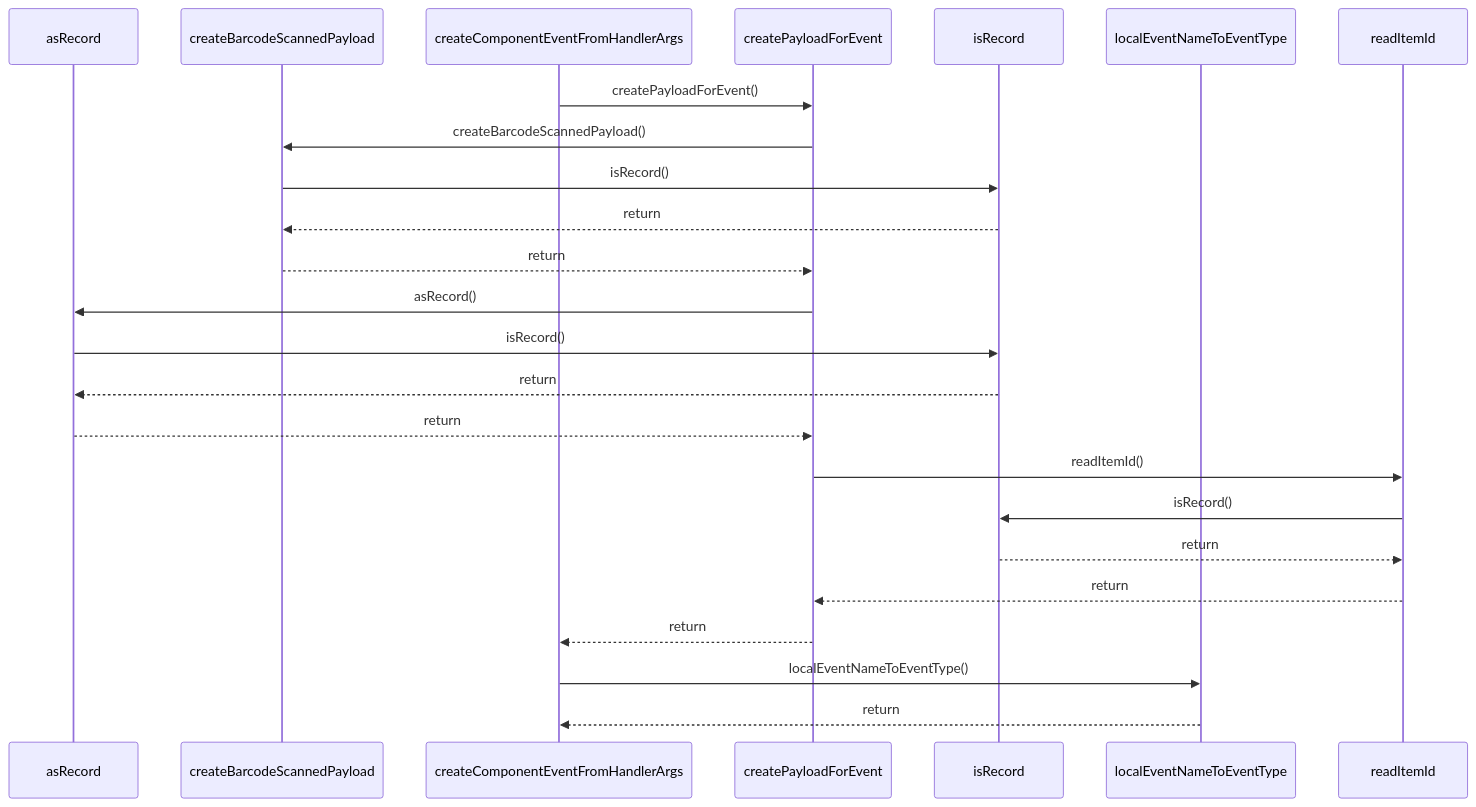
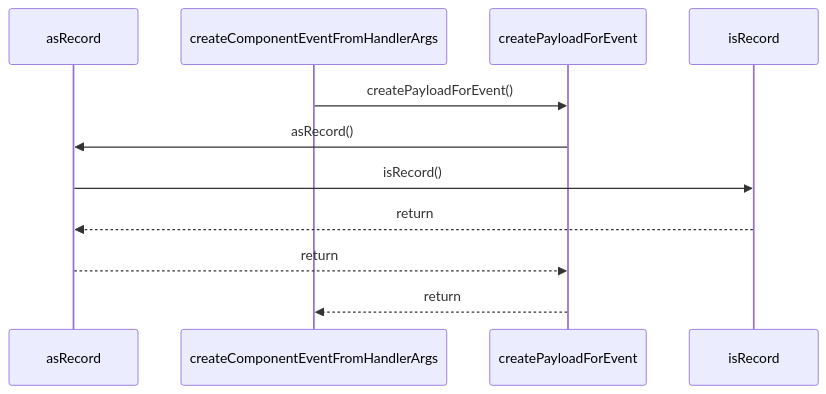
The diagram in paradox/diagrams/sequences/create-component-event-from-handler-args.mmd (ankhorage/runtime), drawn with Mermaid before and after one commit. The commit also changed 21 other files, not shown here.

```diff
--- a/paradox/diagrams/sequences/create-component-event-from-handler-args.mmd
+++ b/paradox/diagrams/sequences/create-component-event-from-handler-args.mmd
@@ -1,24 +1,11 @@
 sequenceDiagram
   participant participant_asRecord as asRecord
-  participant participant_createBarcodeScannedPayload as createBarcodeScannedPayload
   participant participant_createComponentEventFromHandlerArgs as createComponentEventFromHandlerArgs
   participant participant_createPayloadForEvent as createPayloadForEvent
   participant participant_isRecord as isRecord
-  participant participant_localEventNameToEventType as localEventNameToEventType
-  participant participant_readItemId as readItemId
   participant_createComponentEventFromHandlerArgs->>participant_createPayloadForEvent: createPayloadForEvent()
-  participant_createPayloadForEvent->>participant_createBarcodeScannedPayload: createBarcodeScannedPayload()
-  participant_createBarcodeScannedPayload->>participant_isRecord: isRecord()
-  participant_isRecord-->>participant_createBarcodeScannedPayload: return
-  participant_createBarcodeScannedPayload-->>participant_createPayloadForEvent: return
   participant_createPayloadForEvent->>participant_asRecord: asRecord()
   participant_asRecord->>participant_isRecord: isRecord()
   participant_isRecord-->>participant_asRecord: return
   participant_asRecord-->>participant_createPayloadForEvent: return
-  participant_createPayloadForEvent->>participant_readItemId: readItemId()
-  participant_readItemId->>participant_isRecord: isRecord()
-  participant_isRecord-->>participant_readItemId: return
-  participant_readItemId-->>participant_createPayloadForEvent: return
   participant_createPayloadForEvent-->>participant_createComponentEventFromHandlerArgs: return
-  participant_createComponentEventFromHandlerArgs->>participant_localEventNameToEventType: localEventNameToEventType()
-  participant_localEventNameToEventType-->>participant_createComponentEventFromHandlerArgs: return
```
